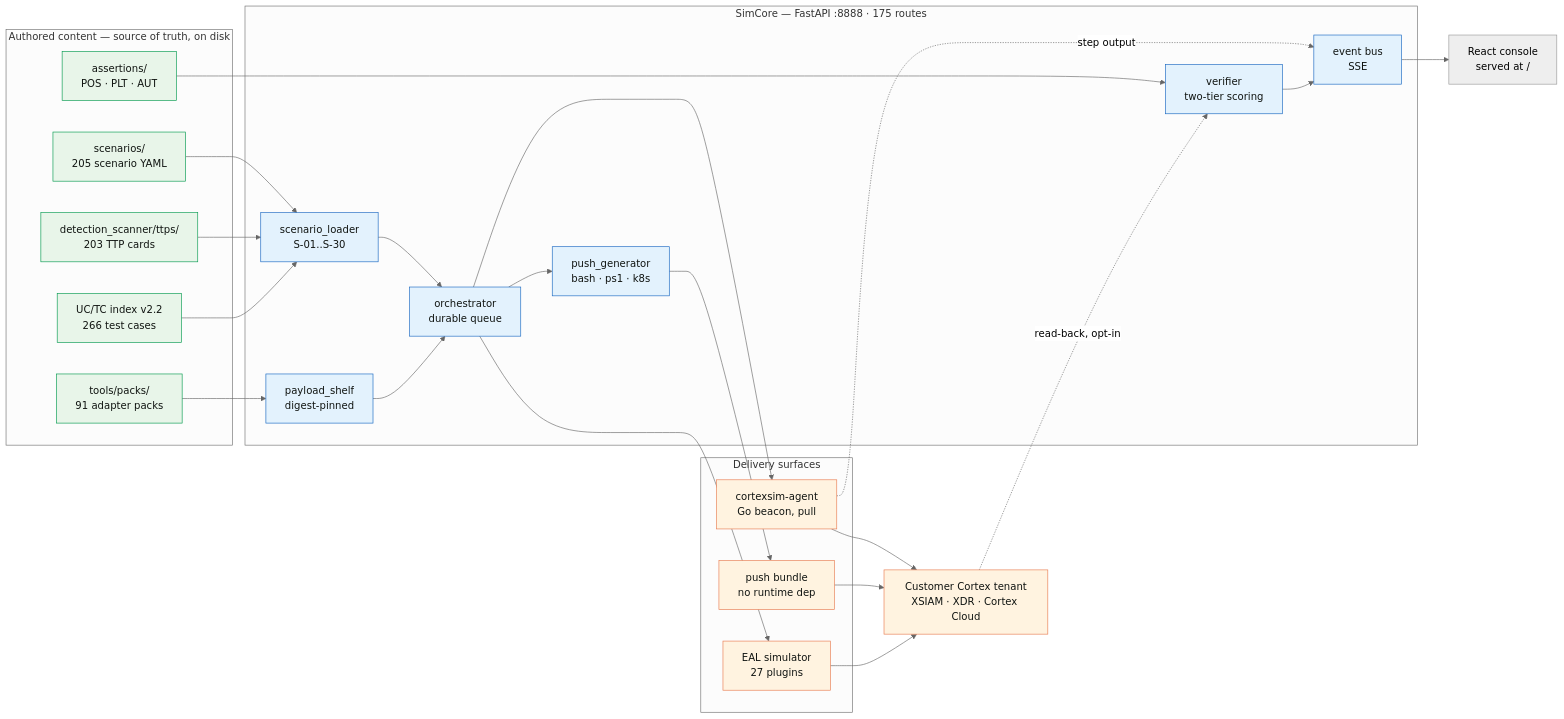
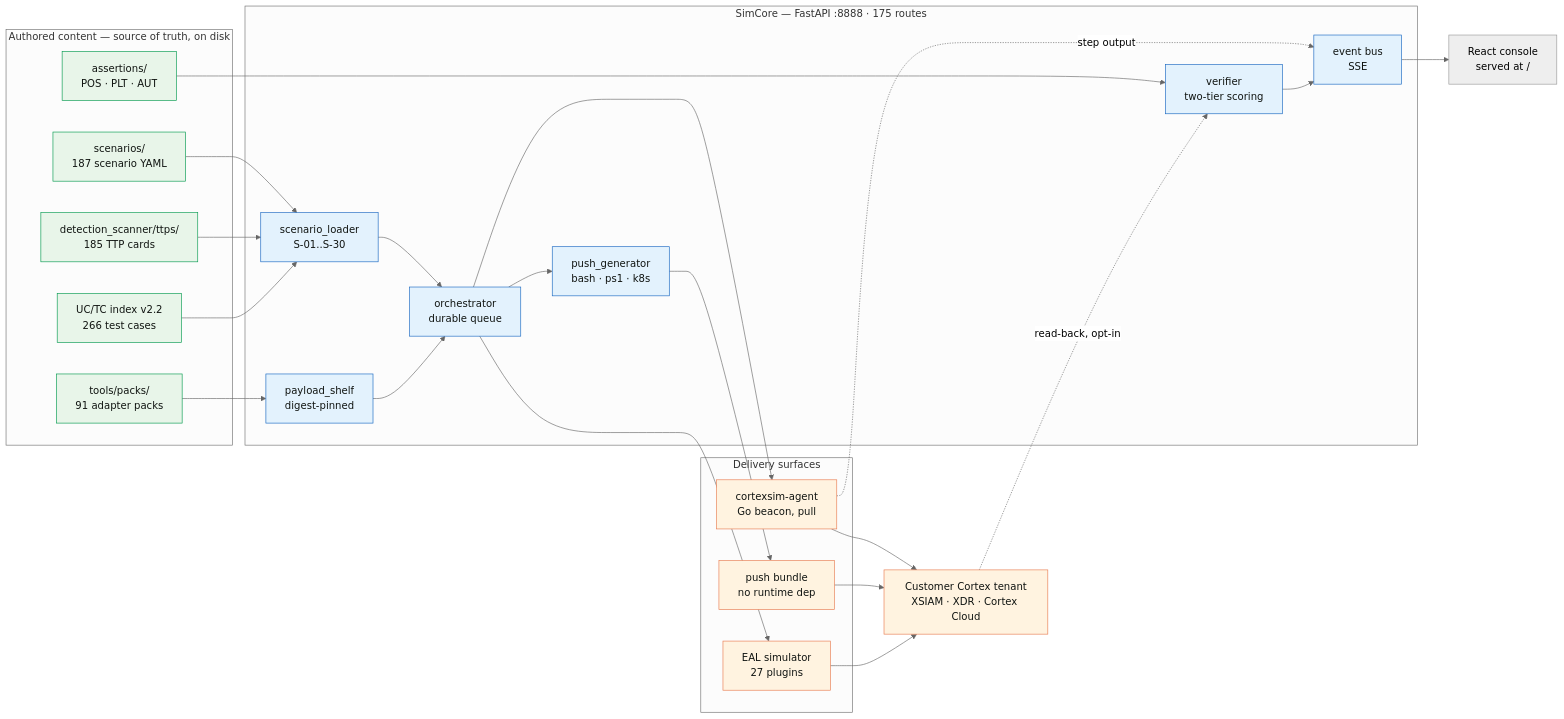
One commit to hankthebldr/cortex-pov-engine changed the first of 6 diagrams in README.md. Above: the diagram before and after it, drawn with Mermaid (neutral theme). The commit also changed other lines of this file and 10 other files, not shown here.

````diff
--- a/README.md
+++ b/README.md
@@ -258,54 +258,54 @@
 ```mermaid
 flowchart LR
     subgraph AUTHOR["Authored content — source of truth, on disk"]
-        SC["scenarios/<br/>205 scenario YAML"]
-        TTP["detection_scanner/ttps/<br/>203 TTP cards"]
+        SC["scenarios/<br/>187 scenario YAML"]
+        TTP["detection_scanner/ttps/<br/>185 TTP cards"]
         ASRT["assertions/<br/>POS · PLT · AUT"]
         PACK["tools/packs/<br/>91 adapter packs"]
         IDX["UC/TC index v2.2<br/>266 test cases"]
     end
 
     subgraph CORE["SimCore — FastAPI :8888 · 175 routes"]
         LOAD["scenario_loader<br/>S-01..S-30"]
         ORCH["orchestrator<br/>durable queue"]
         SHELF["payload_shelf<br/>digest-pinned"]
         VERIF["verifier<br/>two-tier scoring"]
         BUS["event bus<br/>SSE"]
         PUSH["push_generator<br/>bash · ps1 · k8s"]
     end
 
     subgraph EXEC["Delivery surfaces"]
         AGENT["cortexsim-agent<br/>Go beacon, pull"]
         BUNDLE["push bundle<br/>no runtime dep"]
         EAL["EAL simulator<br/>27 plugins"]
     end
 
     TENANT["Customer Cortex tenant<br/>XSIAM · XDR · Cortex Cloud"]
     UI["React console<br/>served at /"]
 
     SC --> LOAD
     TTP --> LOAD
     PACK --> SHELF
     IDX --> LOAD
     ASRT --> VERIF
     LOAD --> ORCH
     SHELF --> ORCH
     ORCH --> AGENT
     ORCH --> PUSH
     PUSH --> BUNDLE
     ORCH --> EAL
     AGENT --> TENANT
     BUNDLE --> TENANT
     EAL --> TENANT
     AGENT -. "step output" .-> BUS
     BUS --> UI
     TENANT -. "read-back, opt-in" .-> VERIF
     VERIF --> BUS
 
     classDef src fill:#e8f5e9,stroke:#00994d,color:#101411
     classDef eng fill:#e3f2fd,stroke:#1565c0,color:#101411
     classDef out fill:#fff3e0,stroke:#e87a4f,color:#101411
     class SC,TTP,ASRT,PACK,IDX src
     class LOAD,ORCH,SHELF,VERIF,BUS,PUSH eng
     class AGENT,BUNDLE,EAL,TENANT out
 ```
````
